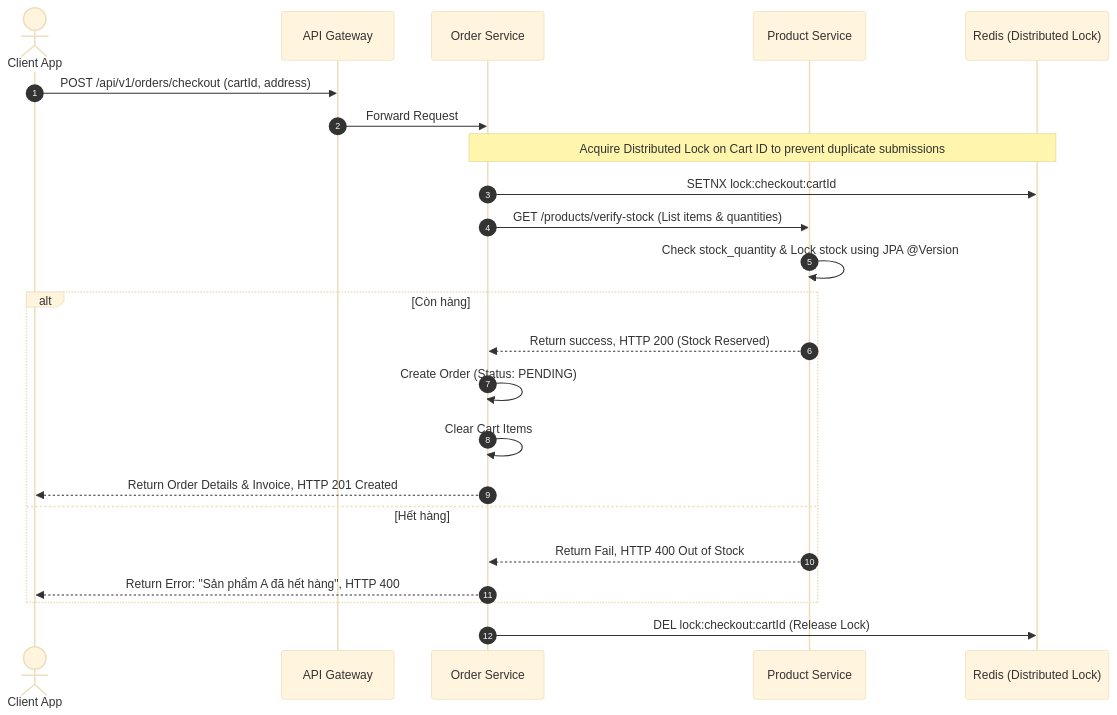
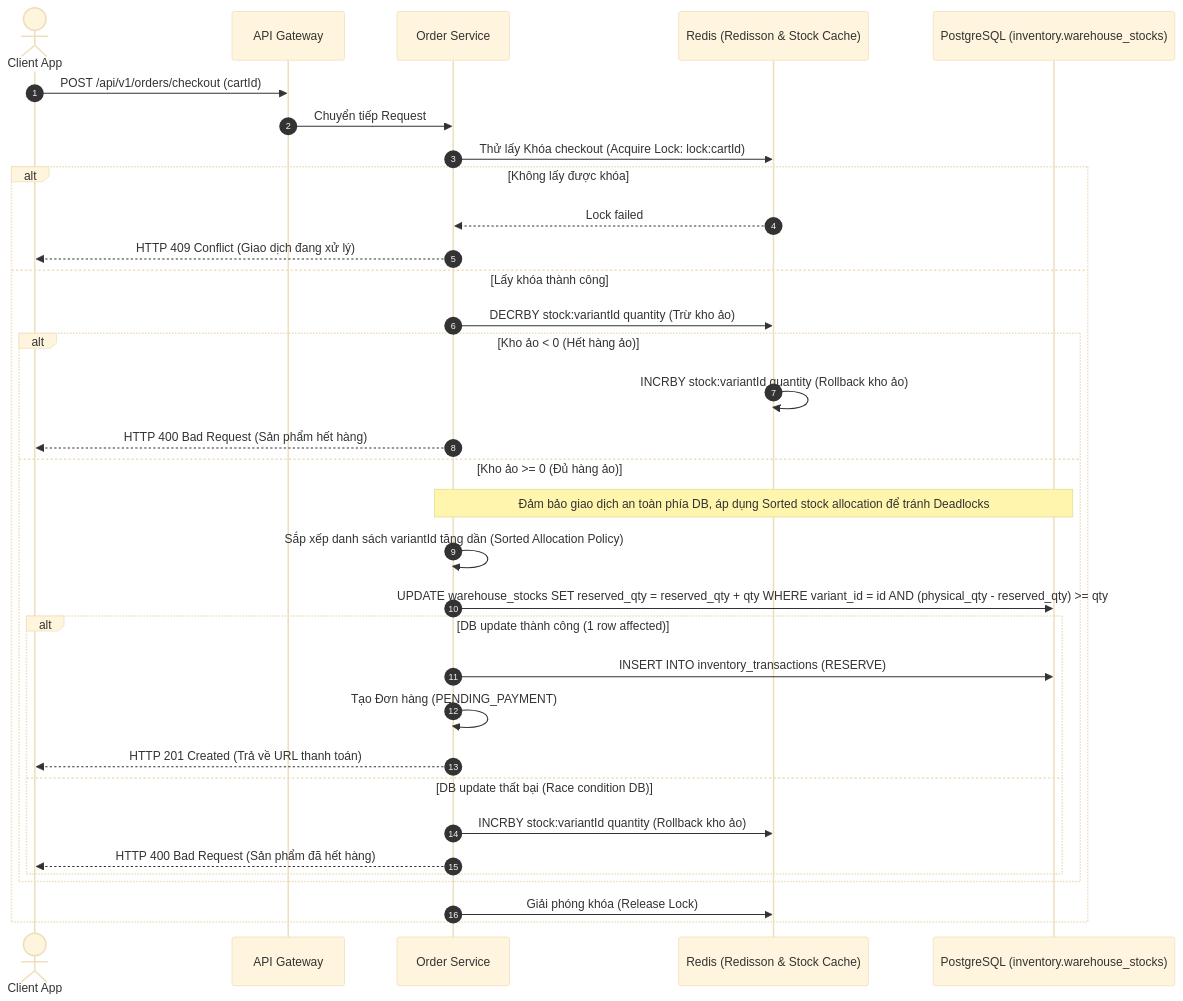
The seventh of 11 diagrams in E_COMMERCE_SYSTEM_DESIGN.md (ThanhluanGif/E-Commerce-Platform), drawn with Mermaid (base theme) before and after one commit. The commit also changed other lines of this file and 1 other file, not shown here.

````diff
--- a/E_COMMERCE_SYSTEM_DESIGN.md
+++ b/E_COMMERCE_SYSTEM_DESIGN.md
@@ -255,29 +914,38 @@
 ```mermaid
 sequenceDiagram
     autonumber
     actor Client as Client App
     participant GW as API Gateway
     participant Order as Order Service
-    participant Product as Product Service
-    participant Redis as Redis (Distributed Lock)
+    participant Redis as Redis (Redisson & Stock Cache)
+    participant DB as PostgreSQL (inventory.warehouse_stocks)
 
-    Client->>GW: POST /api/v1/orders/checkout (cartId, address)
-    GW->>Order: Forward Request
+    Client->>GW: POST /api/v1/orders/checkout (cartId)
+    GW->>Order: Chuyển tiếp Request
     
-    Note over Order, Redis: Acquire Distributed Lock on Cart ID to prevent duplicate submissions
-    Order->>Redis: SETNX lock:checkout:cartId
-    
-    Order->>Product: GET /products/verify-stock (List items & quantities)
-    Product->>Product: Check stock_quantity & Lock stock using JPA @Version
-    alt Còn hàng
-        Product-->>Order: Return success, HTTP 200 (Stock Reserved)
-        Order->>Order: Create Order (Status: PENDING)
-        Order->>Order: Clear Cart Items
-        Order-->>Client: Return Order Details & Invoice, HTTP 201 Created
-    else Hết hàng
-        Product-->>Order: Return Fail, HTTP 400 Out of Stock
-        Order-->>Client: Return Error: "Sản phẩm A đã hết hàng", HTTP 400
+    %% Redis pre-check
+    Order->>Redis: Thử lấy Khóa checkout (Acquire Lock: lock:cartId)
+    alt Không lấy được khóa
+        Redis-->>Order: Lock failed
+        Order-->>Client: HTTP 409 Conflict (Giao dịch đang xử lý)
+    else Lấy khóa thành công
+        Order->>Redis: DECRBY stock:variantId quantity (Trừ kho ảo)
+        alt Kho ảo < 0 (Hết hàng ảo)
+            Redis->>Redis: INCRBY stock:variantId quantity (Rollback kho ảo)
+            Order-->>Client: HTTP 400 Bad Request (Sản phẩm hết hàng)
+        else Kho ảo >= 0 (Đủ hàng ảo)
+            Note over Order, DB: Đảm bảo giao dịch an toàn phía DB, áp dụng Sorted stock allocation để tránh Deadlocks
+            Order->>Order: Sắp xếp danh sách variantId tăng dần (Sorted Allocation Policy)
+            Order->>DB: UPDATE warehouse_stocks SET reserved_qty = reserved_qty + qty WHERE variant_id = id AND (physical_qty - reserved_qty) >= qty
+            alt DB update thành công (1 row affected)
+                Order->>DB: INSERT INTO inventory_transactions (RESERVE)
+                Order->>Order: Tạo Đơn hàng (PENDING_PAYMENT)
+                Order-->>Client: HTTP 201 Created (Trả về URL thanh toán)
+            else DB update thất bại (Race condition DB)
+                Order->>Redis: INCRBY stock:variantId quantity (Rollback kho ảo)
+                Order-->>Client: HTTP 400 Bad Request (Sản phẩm đã hết hàng)
+            end
+        end
+        Order->>Redis: Giải phóng khóa (Release Lock)
     end
-    
-    Order->>Redis: DEL lock:checkout:cartId (Release Lock)
 ```
````
